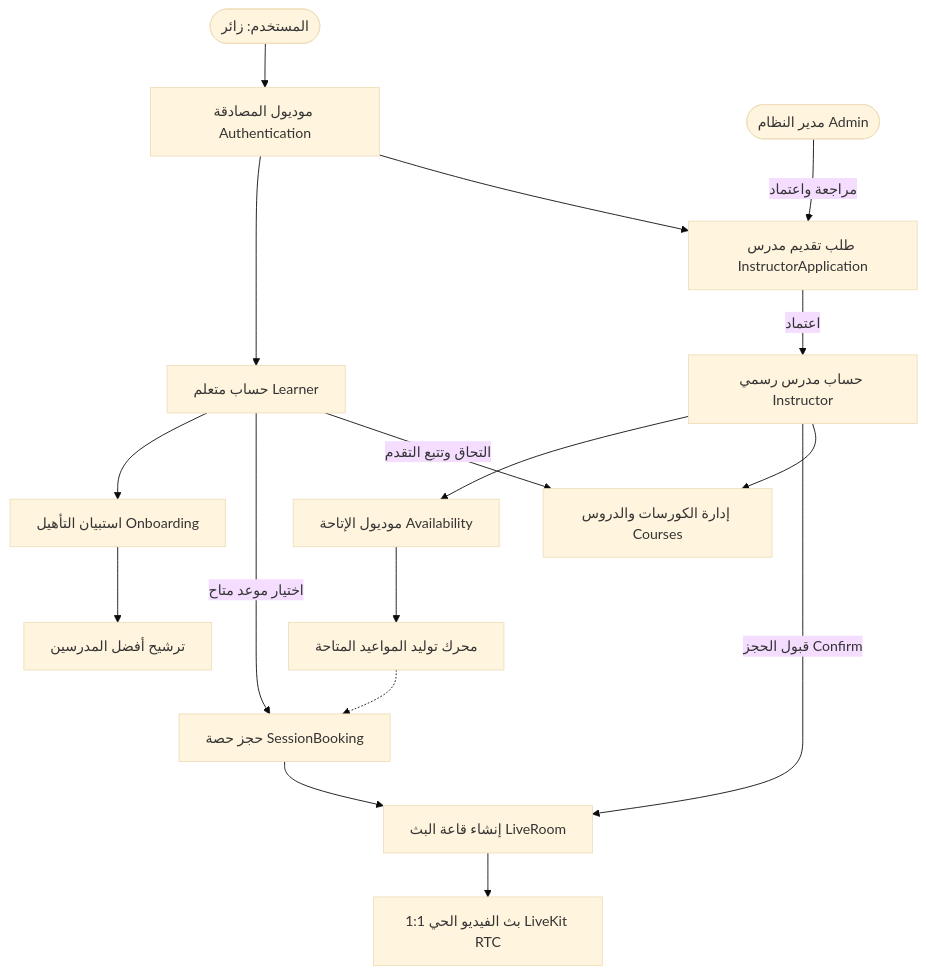
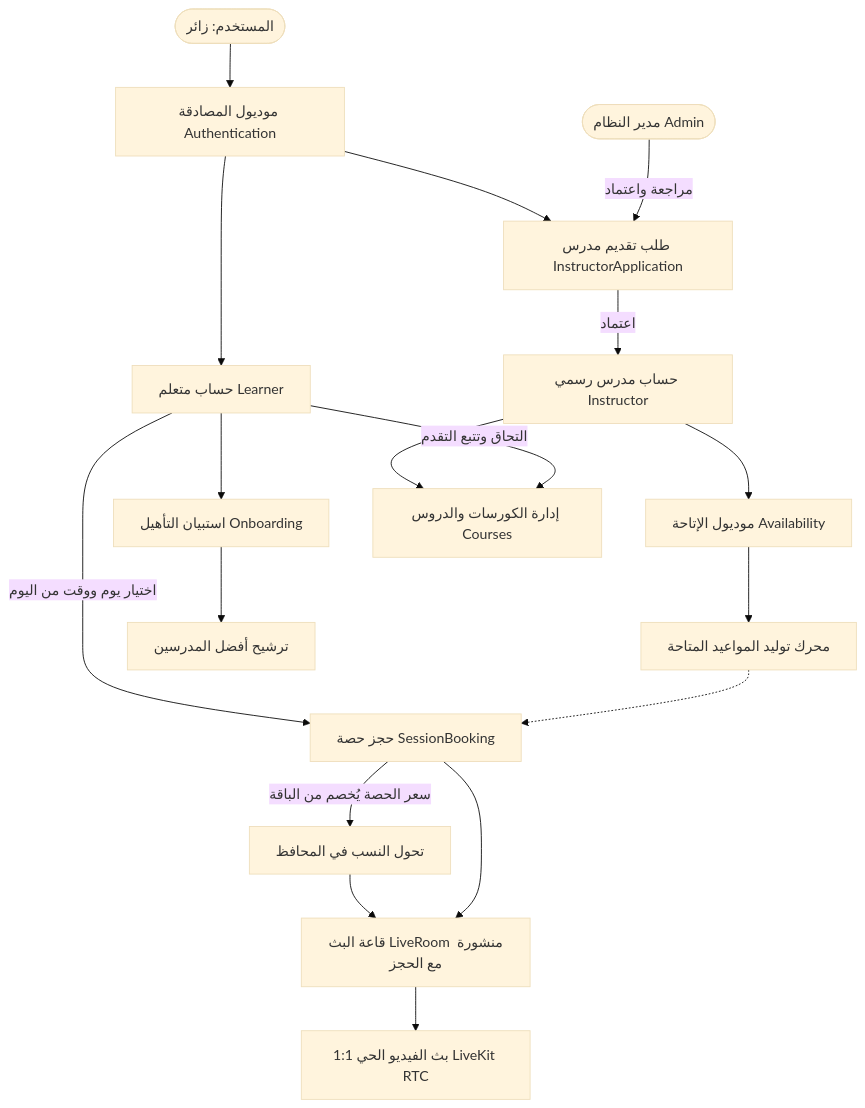
The diagram in docs/LMS-COMPLETE-ARCHITECTURE-AND-FEATURE-FLOWS.md (MohamedSaber2004/LMS-Backend), drawn with Mermaid (base theme) before and after one commit. The commit also changed other lines of this file and 33 other files, not shown here.

First line of the commit message:
Simplify booking and payment workflows

````diff
--- a/docs/LMS-COMPLETE-ARCHITECTURE-AND-FEATURE-FLOWS.md
+++ b/docs/LMS-COMPLETE-ARCHITECTURE-AND-FEATURE-FLOWS.md
@@ -46,26 +46,26 @@
 ```mermaid
 graph TD
     User([المستخدم: زائر]) --> Auth[موديول المصادقة Authentication]
     Auth --> Learner[حساب متعلم Learner]
     Auth --> InstructorPending[طلب تقديم مدرس InstructorApplication]
     
     Admin([مدير النظام Admin]) -->|مراجعة واعتماد| InstructorPending
     InstructorPending -->|اعتماد| Instructor[حساب مدرس رسمي Instructor]
     
     Instructor --> Availability[موديول الإتاحة Availability]
     Availability --> Materialization[محرك توليد المواعيد المتاحة]
     
     Learner --> Onboarding[استبيان التأهيل Onboarding]
     Onboarding --> Matching[ترشيح أفضل المدرسين]
     
-    Learner -->|اختيار موعد متاح| Session[حجز حصة SessionBooking]
+    Learner -->|اختيار يوم ووقت من اليوم| Session[حجز حصة SessionBooking]
     Materialization -.-> Session
-    
-    Instructor -->|قبول الحجز Confirm| LiveRoom[إنشاء قاعة البث LiveRoom]
+    Session -->|سعر الحصة يُخصم من الباقة| Payment[تحول النسب في المحافظ]
+    Payment --> LiveRoom[قاعة البث LiveRoom منشورة مع الحجز]
     Session --> LiveRoom
     
     LiveRoom --> LiveKit[بث الفيديو الحي 1:1 LiveKit RTC]
     
     Instructor --> Courses[إدارة الكورسات والدروس Courses]
     Learner -->|التحاق وتتبع التقدم| Courses
 ```
````
